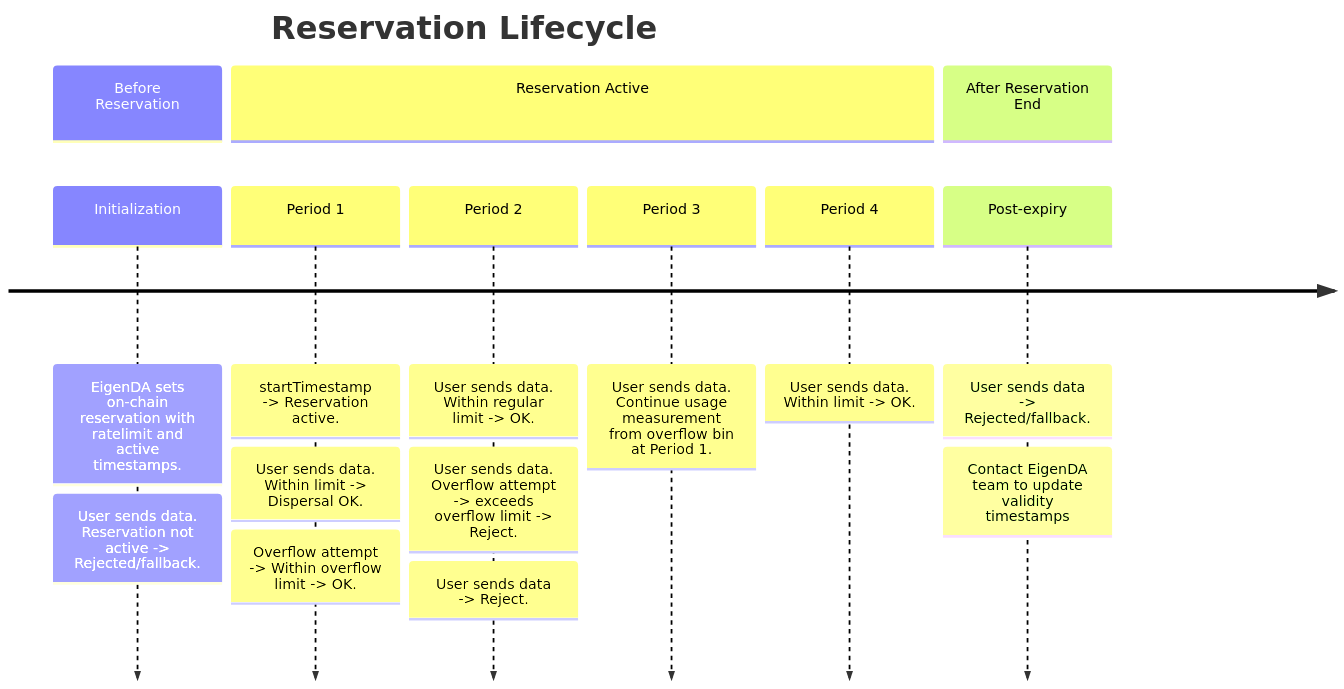
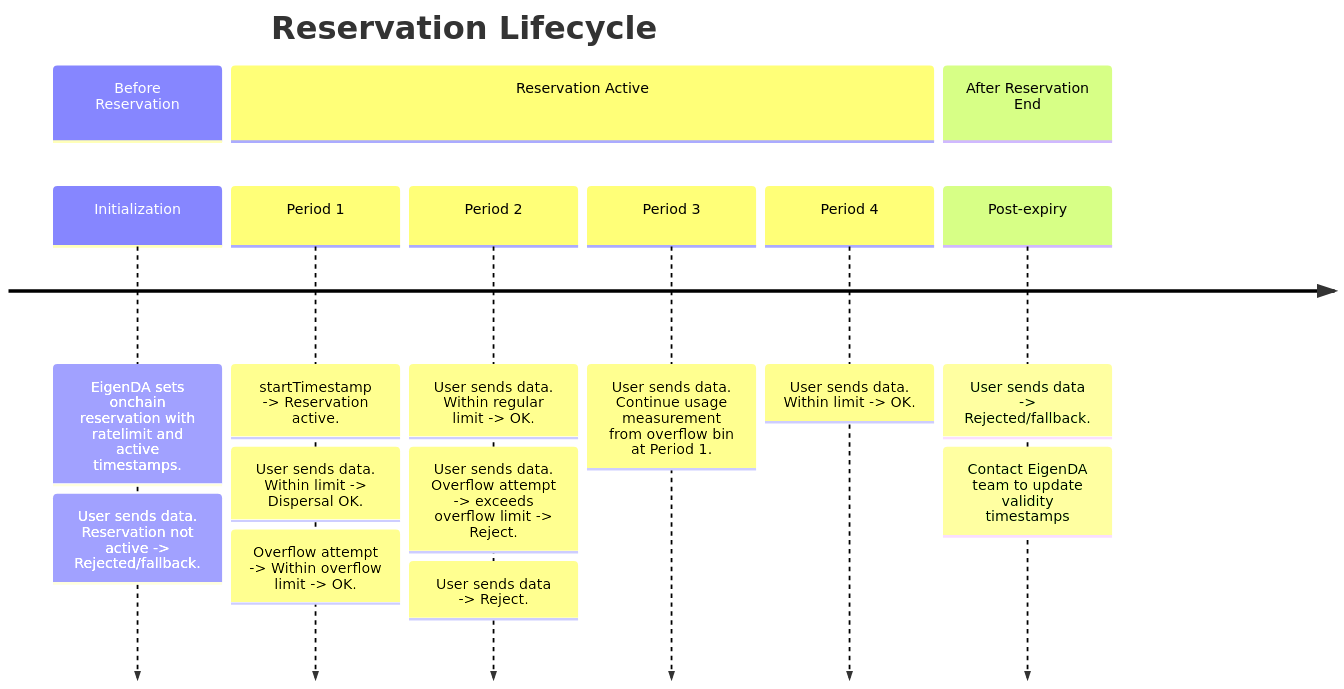
One commit to Layr-Labs/eigenda-docs changed the first of 2 diagrams in docs/payments.md. Above: the diagram before and after it, drawn with Mermaid. The commit also changed other lines of this file and 1 other file, not shown here.

````diff
--- a/docs/payments.md
+++ b/docs/payments.md
@@ -37,28 +175,21 @@
 ```mermaid
 timeline
 title Reservation Lifecycle
-
 section Before Reservation
-Initialization: EigenDA sets on-chain reservation with ratelimit and active timestamps. 
+Initialization: EigenDA sets onchain reservation with ratelimit and active timestamps.
 : User sends data. Reservation not active -> Rejected/fallback.
-
 section Reservation Active
-
 Period 1    : startTimestamp -> Reservation active.
                         : User sends data. Within limit -> Dispersal OK.
                         : Overflow attempt -> Within overflow limit -> OK.
-
 Period 2    : User sends data. Within regular limit -> OK.
             : User sends data. Overflow attempt -> exceeds overflow limit -> Reject.
             : User sends data -> Reject.
-
 Period 3    : User sends data. Continue usage measurement from overflow bin at Period 1.
-
 Period 4    : User sends data. Within limit -> OK.
-
 section After Reservation End
- Post-expiry 
+ Post-expiry
  : User sends data -> Rejected/fallback.
  : Contact EigenDA team to update validity timestamps
 
 ```
````
